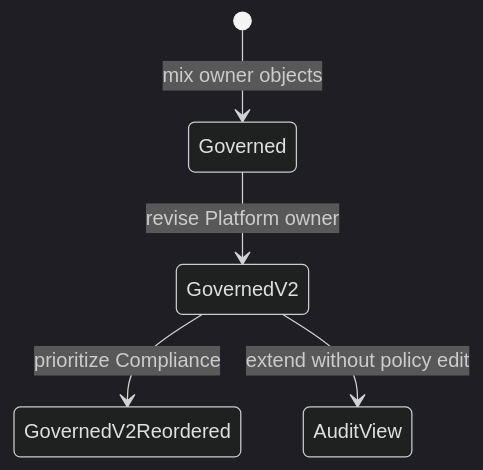
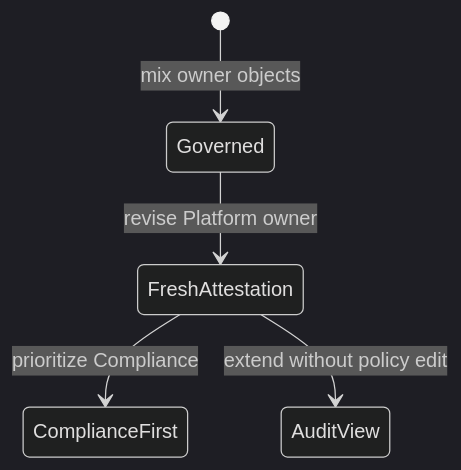
Before and after one commit to tao3k/cedar-poo-spec: the first of 2 diagrams in Examples/Governance/README.org, drawn with Mermaid (dark theme). The commit also changed other lines of this file and 17 other files, not shown here.

```diff
--- a/Examples/Governance/README.org
+++ b/Examples/Governance/README.org
@@ -52,7 +65,7 @@
 #+begin_src mermaid
 stateDiagram-v2
     [*] --> Governed: mix owner objects
-    Governed --> GovernedV2: revise Platform owner
-    GovernedV2 --> GovernedV2Reordered: prioritize Compliance
-    GovernedV2 --> AuditView: extend without policy edit
+    Governed --> FreshAttestation: revise Platform owner
+    FreshAttestation --> ComplianceFirst: prioritize Compliance
+    FreshAttestation --> AuditView: extend without policy edit
 #+end_src
```
